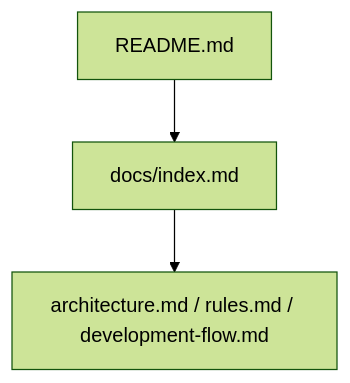
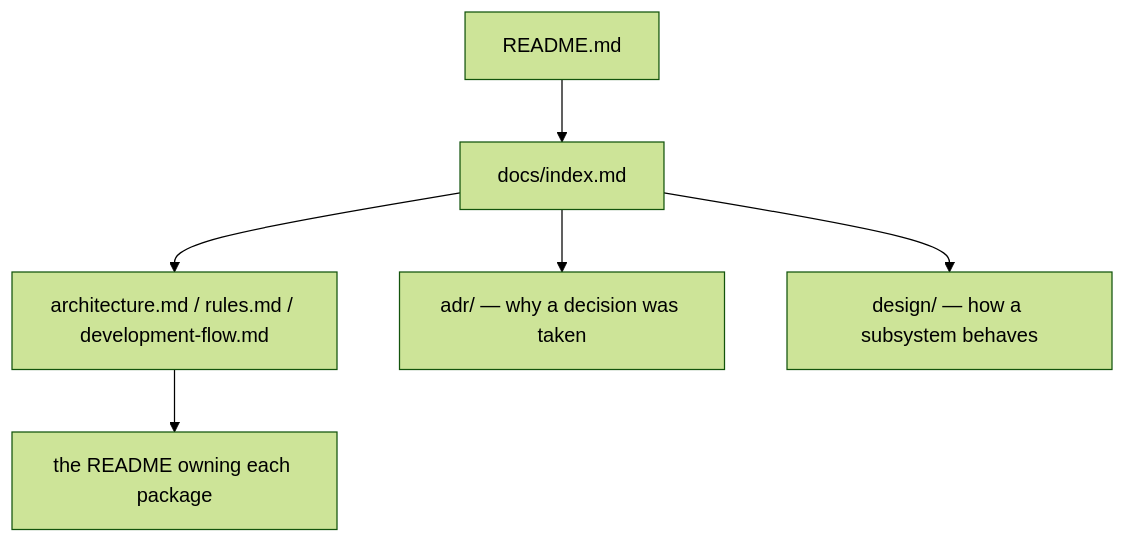
The seventh of 7 diagrams in docs/index.md (Tomy-ch/go-boilerplate), drawn with Mermaid (forest theme) before and after one commit. The commit also changed other lines of this file and 1 other file, not shown here.

````diff
--- a/docs/index.md
+++ b/docs/index.md
@@ -105,4 +132,8 @@
 ```mermaid
 flowchart TB
-    Readme["README.md"] --> Index["docs/index.md"] --> Docs["architecture.md / rules.md / development-flow.md"]
+    Readme["README.md"] --> Index["docs/index.md"]
+    Index --> Core["architecture.md / rules.md / development-flow.md"]
+    Index --> Adr["adr/ — why a decision was taken"]
+    Index --> Design["design/ — how a subsystem behaves"]
+    Core --> Pkg["the README owning each package"]
 ```
````
